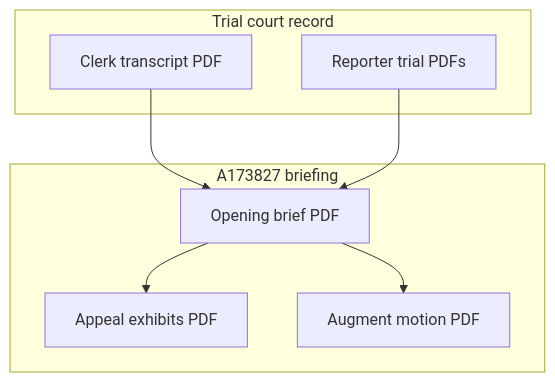
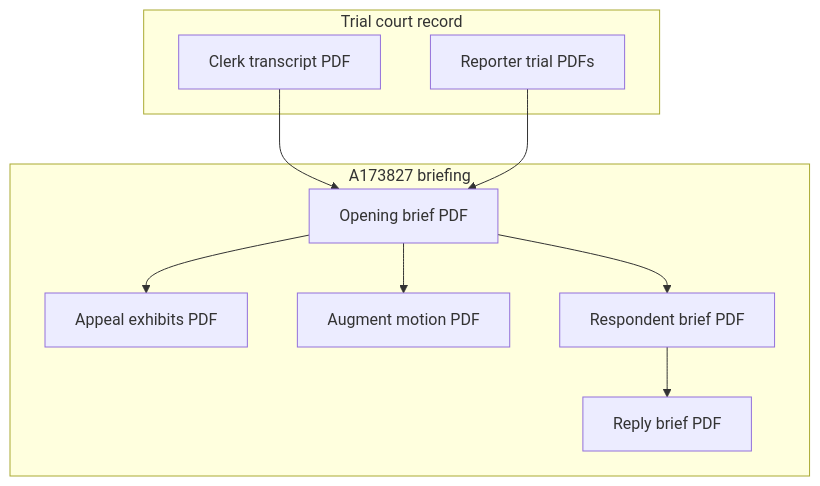
The diagram in narrative/02-APPEAL-A173827.md (Municipal-Public-Trust-in-A-i/CSAA-ABDELHALIM-WONG-PSA-CSK), drawn with Mermaid before and after one commit. The commit also changed other lines of this file and 17 other files, not shown here.

````diff
--- a/narrative/02-APPEAL-A173827.md
+++ b/narrative/02-APPEAL-A173827.md
@@ -68,16 +75,20 @@
 ```mermaid
 flowchart TB
   subgraph record ["Trial court record"]
     CT["Clerk transcript PDF"]
     RT["Reporter trial PDFs"]
   end
   subgraph briefing ["A173827 briefing"]
     OB["Opening brief PDF"]
     EX["Appeal exhibits PDF"]
     AUG["Augment motion PDF"]
+    RB["Respondent brief PDF"]
+    ARB["Reply brief PDF"]
   end
   CT --> OB
   RT --> OB
   OB --> EX
   OB --> AUG
+  OB --> RB
+  RB --> ARB
 ```
````
